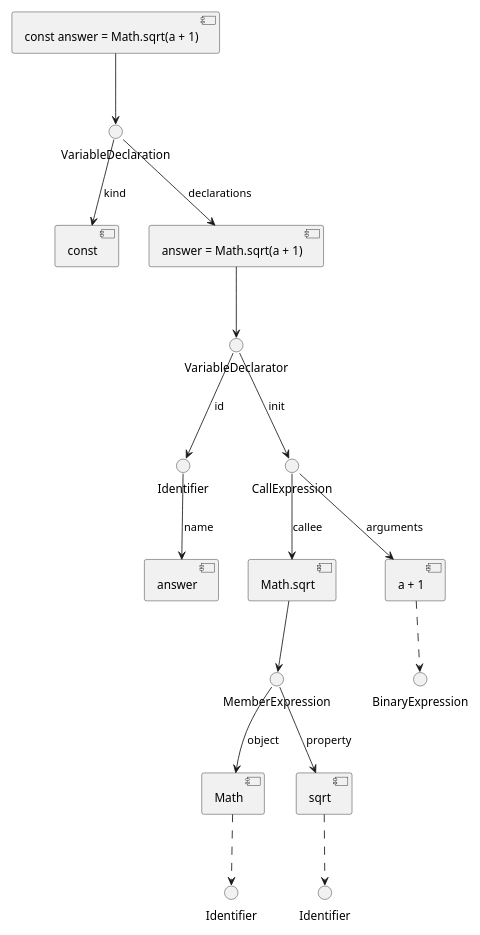
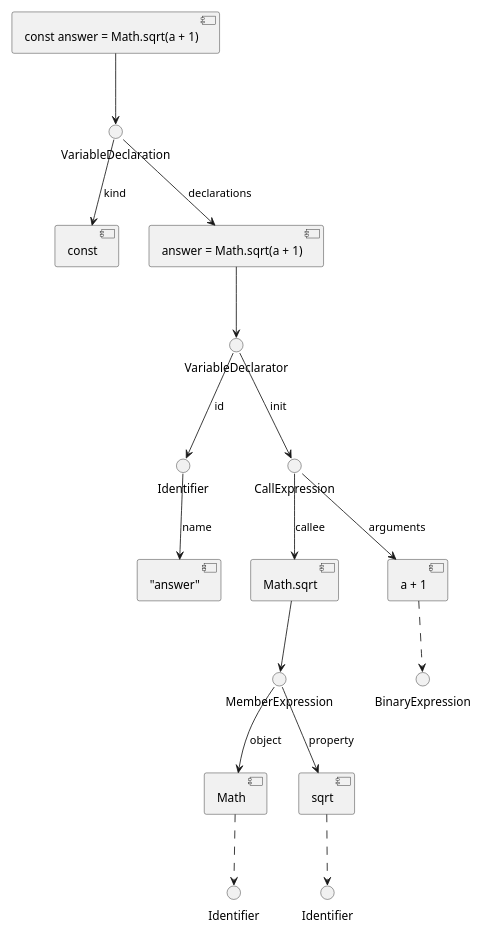
One commit to unlight/how-to-create-eslint-plugin-talk changed the ninth of 12 diagrams in answer-ast.md. Above: the diagram before and after it, drawn with PlantUML. The commit also changed other lines of this file, not shown here.

````diff
--- a/answer-ast.md
+++ b/answer-ast.md
@@ -142,29 +142,29 @@
 ```uml
 @startuml
 scale max 800 height
 
 [const answer = Math.sqrt(a + 1)] --> VariableDeclaration
 VariableDeclaration --> [const]: kind
 VariableDeclaration --> [answer = Math.sqrt(a + 1)]: declarations
 
 [answer = Math.sqrt(a + 1)] --> VariableDeclarator
 VariableDeclarator --> Identifier: id
 VariableDeclarator --> CallExpression: init
 
-Identifier --> [answer]: name
+Identifier --> ["answer"]: name
 CallExpression --> [Math.sqrt]: callee
 CallExpression --> [a + 1]: arguments
 
 [Math.sqrt] --> MemberExpression
 [a + 1] ..> BinaryExpression
 
 MemberExpression --> [Math]: object
 MemberExpression --> [sqrt]: property
 
 () Identifier as IMath
 () Identifier as Isqrt
 [Math] ..> IMath
 [sqrt] ..> Isqrt
 
 @enduml
 ```
````
